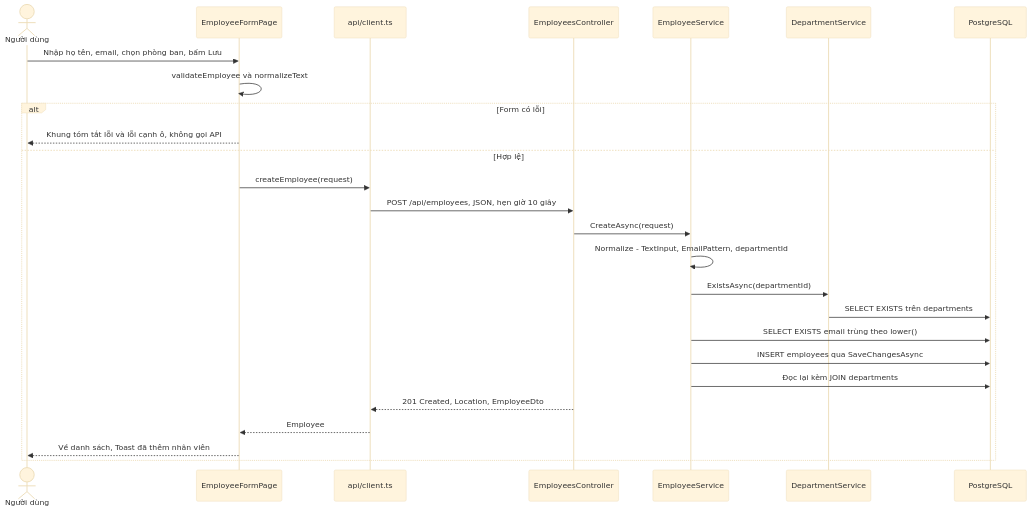
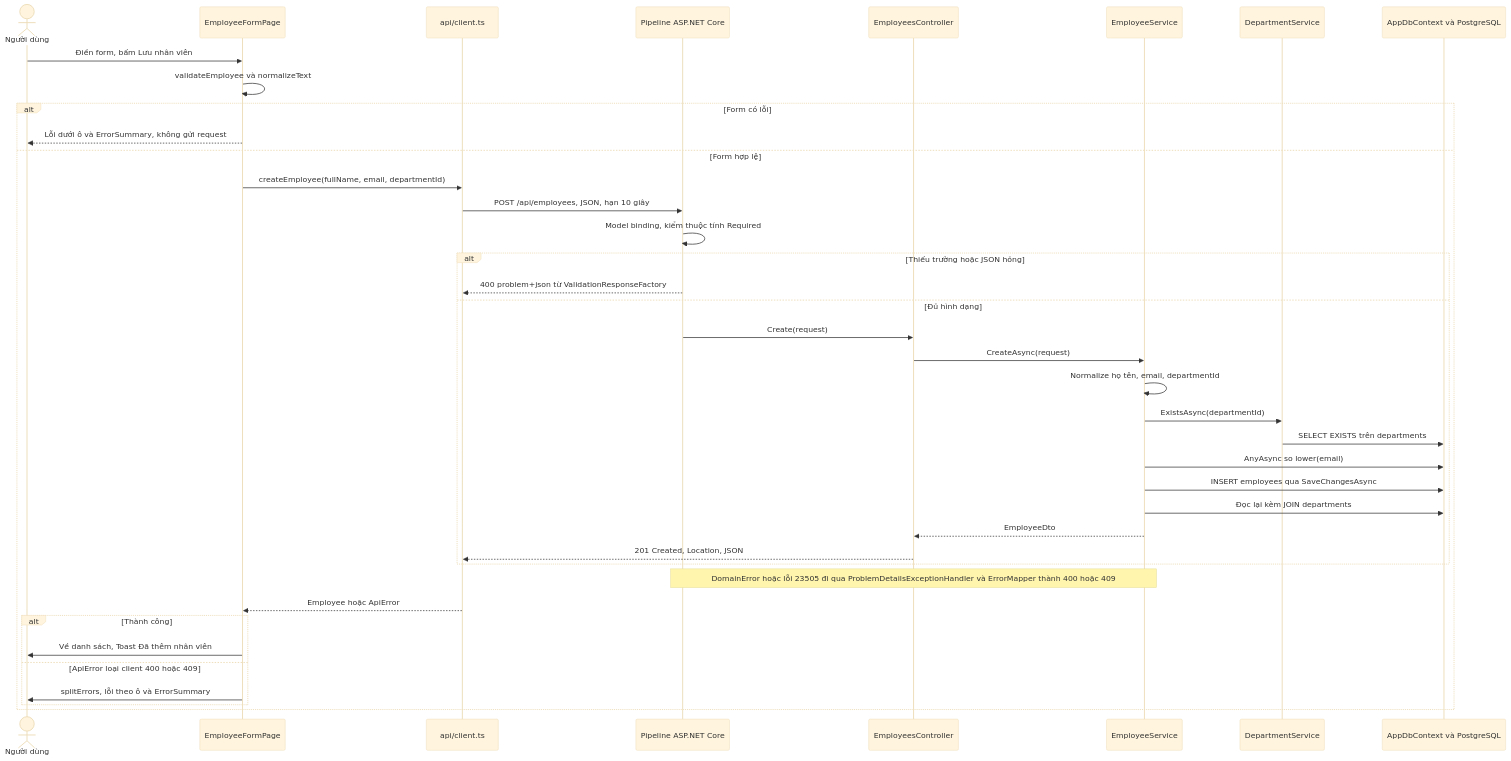
The third of 5 diagrams in aidlc/spaces/default/codekb/employee-crud/architecture.md (Minnhiep/employee-crud), drawn with Mermaid (base theme) before and after one commit. The commit also changed other lines of this file and 28 other files, not shown here.

````diff
--- a/aidlc/spaces/default/codekb/employee-crud/architecture.md
+++ b/aidlc/spaces/default/codekb/employee-crud/architecture.md
@@ -99,28 +88,41 @@
 ```mermaid
 sequenceDiagram
-  actor U as Người dùng
-  participant F as EmployeeFormPage
-  participant C as api/client.ts
-  participant EC as EmployeesController
-  participant ES as EmployeeService
-  participant DS as DepartmentService
-  participant PG as PostgreSQL
-  U->>F: Nhập họ tên, email, chọn phòng ban, bấm Lưu
-  F->>F: validateEmployee và normalizeText
-  alt Form có lỗi
-    F-->>U: Khung tóm tắt lỗi và lỗi cạnh ô, không gọi API
-  else Hợp lệ
-    F->>C: createEmployee(request)
-    C->>EC: POST /api/employees, JSON, hẹn giờ 10 giây
-    EC->>ES: CreateAsync(request)
-    ES->>ES: Normalize - TextInput, EmailPattern, departmentId
-    ES->>DS: ExistsAsync(departmentId)
-    DS->>PG: SELECT EXISTS trên departments
-    ES->>PG: SELECT EXISTS email trùng theo lower()
-    ES->>PG: INSERT employees qua SaveChangesAsync
-    ES->>PG: Đọc lại kèm JOIN departments
-    EC-->>C: 201 Created, Location, EmployeeDto
-    C-->>F: Employee
-    F-->>U: Về danh sách, Toast đã thêm nhân viên
-  end
+    actor U as Người dùng
+    participant F as EmployeeFormPage
+    participant C as api/client.ts
+    participant P as Pipeline ASP.NET Core
+    participant EC as EmployeesController
+    participant ES as EmployeeService
+    participant DS as DepartmentService
+    participant DB as AppDbContext và PostgreSQL
+    U->>F: Điền form, bấm Lưu nhân viên
+    F->>F: validateEmployee và normalizeText
+    alt Form có lỗi
+        F-->>U: Lỗi dưới ô và ErrorSummary, không gửi request
+    else Form hợp lệ
+        F->>C: createEmployee(fullName, email, departmentId)
+        C->>P: POST /api/employees, JSON, hạn 10 giây
+        P->>P: Model binding, kiểm thuộc tính Required
+        alt Thiếu trường hoặc JSON hỏng
+            P-->>C: 400 problem+json từ ValidationResponseFactory
+        else Đủ hình dạng
+            P->>EC: Create(request)
+            EC->>ES: CreateAsync(request)
+            ES->>ES: Normalize họ tên, email, departmentId
+            ES->>DS: ExistsAsync(departmentId)
+            DS->>DB: SELECT EXISTS trên departments
+            ES->>DB: AnyAsync so lower(email)
+            ES->>DB: INSERT employees qua SaveChangesAsync
+            ES->>DB: Đọc lại kèm JOIN departments
+            ES-->>EC: EmployeeDto
+            EC-->>C: 201 Created, Location, JSON
+        end
+        Note over P,ES: DomainError hoặc lỗi 23505 đi qua ProblemDetailsExceptionHandler và ErrorMapper thành 400 hoặc 409
+        C-->>F: Employee hoặc ApiError
+        alt Thành công
+            F->>U: Về danh sách, Toast Đã thêm nhân viên
+        else ApiError loại client 400 hoặc 409
+            F->>U: splitErrors, lỗi theo ô và ErrorSummary
+        end
+    end
 ```
````
